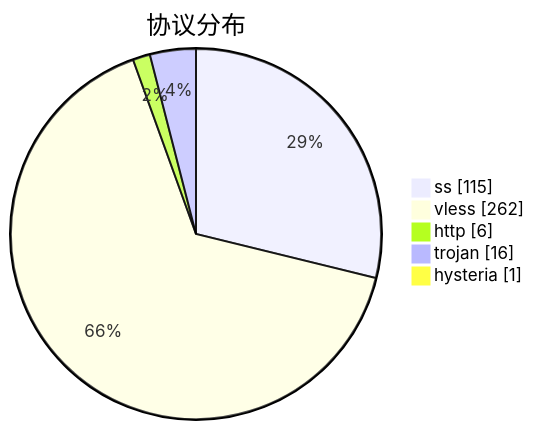
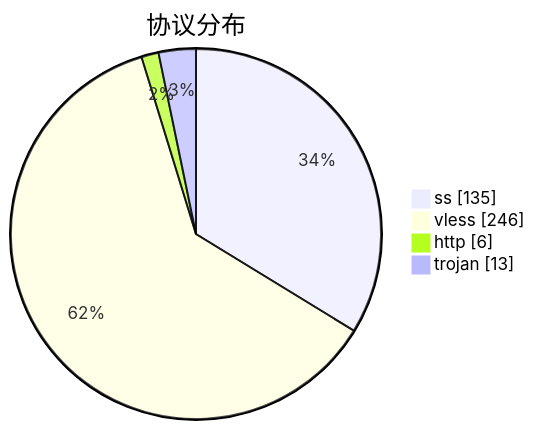
One commit to qjlxg/airport changed the third of 3 diagrams in subs/statistics/tested_within.md. Above: the diagram before and after it, drawn with Mermaid. The commit also changed other lines of this file and 2 other files, not shown here.

````diff
--- a/subs/statistics/tested_within.md
+++ b/subs/statistics/tested_within.md
@@ -35,9 +36,8 @@
 ```mermaid
 pie showData
 title 协议分布
-"ss" : 115
-"vless" : 262
+"ss" : 135
+"vless" : 246
 "http" : 6
-"trojan" : 16
-"hysteria" : 1
+"trojan" : 13
 ```
````
